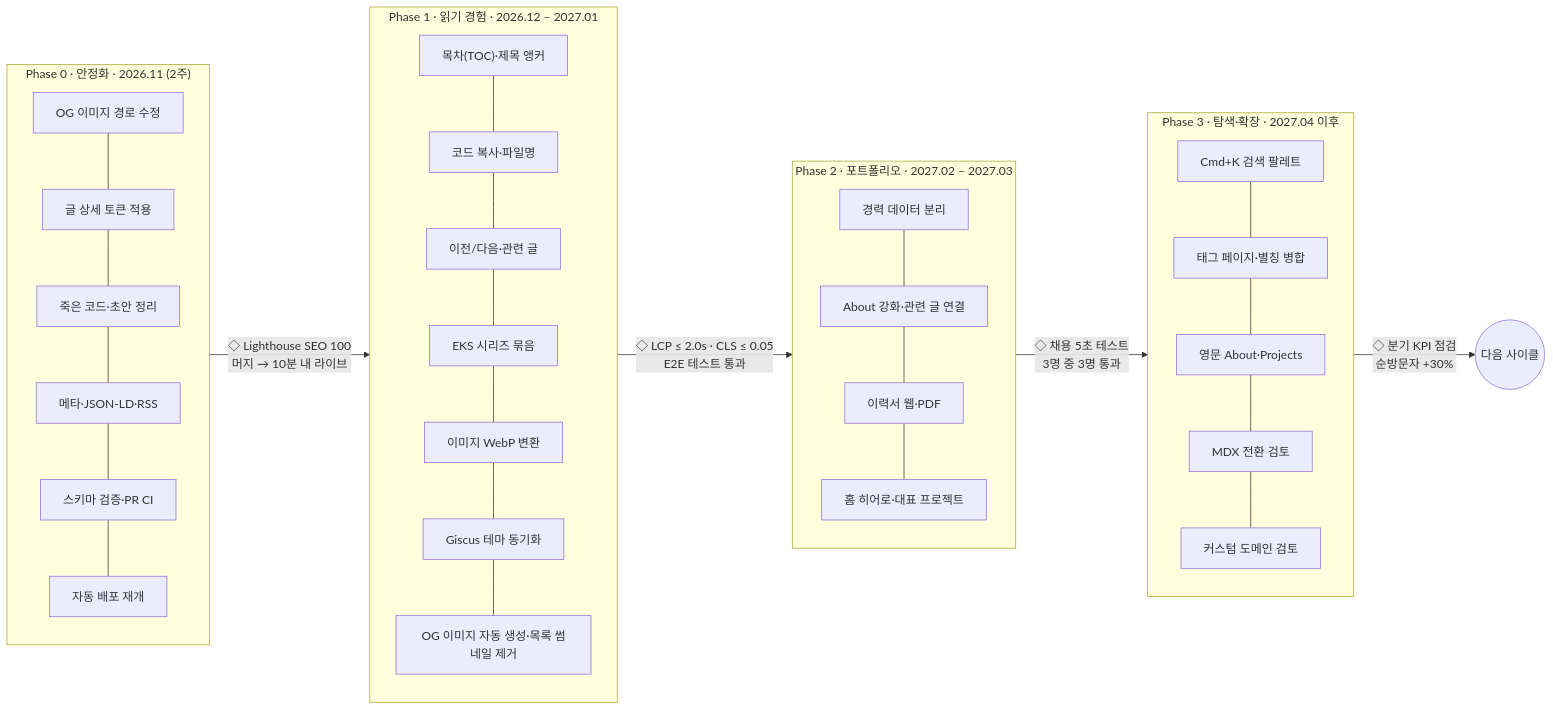
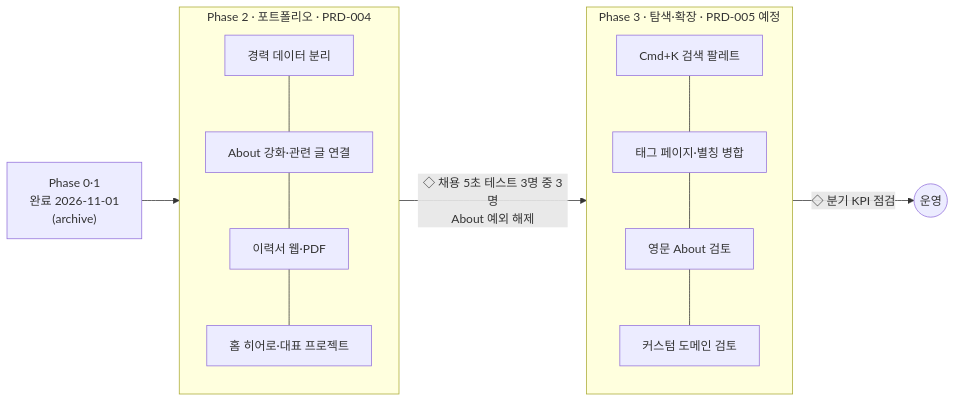
The second of 2 diagrams in cowork/prd/001_site_master-plan.md (comstering/comstering.github.io), drawn with Mermaid before and after one commit. The commit also changed other lines of this file and 35 other files, not shown here.

First line of the commit message:
docs: Archive Phase 0 and 1 planning and design documents

````diff
--- a/cowork/prd/001_site_master-plan.md
+++ b/cowork/prd/001_site_master-plan.md
@@ -351,23 +229,14 @@
 ```mermaid
 flowchart LR
-    subgraph P0["Phase 0 · 안정화 · 2026.11 (2주)"]
+    done["Phase 0·1<br/>완료 2026-11-01<br/>(archive)"] --> P2
+    subgraph P2["Phase 2 · 포트폴리오 · PRD-004"]
         direction TB
-        p0a[OG 이미지 경로 수정] --- p0b[글 상세 토큰 적용] --- p0c[죽은 코드·초안 정리] --- p0d[메타·JSON-LD·RSS] --- p0e[스키마 검증·PR CI] --- p0f[자동 배포 재개]
+        p2a[경력 데이터 분리] --- p2b[About 강화·관련 글 연결] --- p2c[이력서 웹·PDF] --- p2d[홈 히어로·대표 프로젝트]
     end
-    subgraph P1["Phase 1 · 읽기 경험 · 2026.12 – 2027.01"]
+    subgraph P3["Phase 3 · 탐색·확장 · PRD-005 예정"]
         direction TB
-        p1a["목차(TOC)·제목 앵커"] --- p1b[코드 복사·파일명] --- p1c[이전/다음·관련 글] --- p1d[EKS 시리즈 묶음] --- p1e[이미지 WebP 변환] --- p1f[Giscus 테마 동기화] --- p1g[OG 이미지 자동 생성·목록 썸네일 제거]
+        p3a[Cmd+K 검색 팔레트] --- p3b[태그 페이지·별칭 병합] --- p3c[영문 About 검토] --- p3d[커스텀 도메인 검토]
     end
-    subgraph P2["Phase 2 · 포트폴리오 · 2027.02 – 2027.03"]
-        direction TB
-        p2a[경력 데이터 분리] --- p2c[About 강화·관련 글 연결] --- p2d[이력서 웹·PDF] --- p2f[홈 히어로·대표 프로젝트]
-    end
-    subgraph P3["Phase 3 · 탐색·확장 · 2027.04 이후"]
-        direction TB
-        p3a[Cmd+K 검색 팔레트] --- p3b[태그 페이지·별칭 병합] --- p3d[영문 About·Projects] --- p3e[MDX 전환 검토] --- p3f[커스텀 도메인 검토]
-    end
-    P0 -->|"◇ Lighthouse SEO 100<br/>머지 → 10분 내 라이브"| P1
-    P1 -->|"◇ LCP ≤ 2.0s · CLS ≤ 0.05<br/>E2E 테스트 통과"| P2
-    P2 -->|"◇ 채용 5초 테스트<br/>3명 중 3명 통과"| P3
-    P3 -->|"◇ 분기 KPI 점검<br/>순방문자 +30%"| KPI((다음 사이클))
+    P2 -->|"◇ 채용 5초 테스트 3명 중 3명<br/>About 예외 해제"| P3
+    P3 -->|"◇ 분기 KPI 점검"| KPI((운영))
 ```
````
